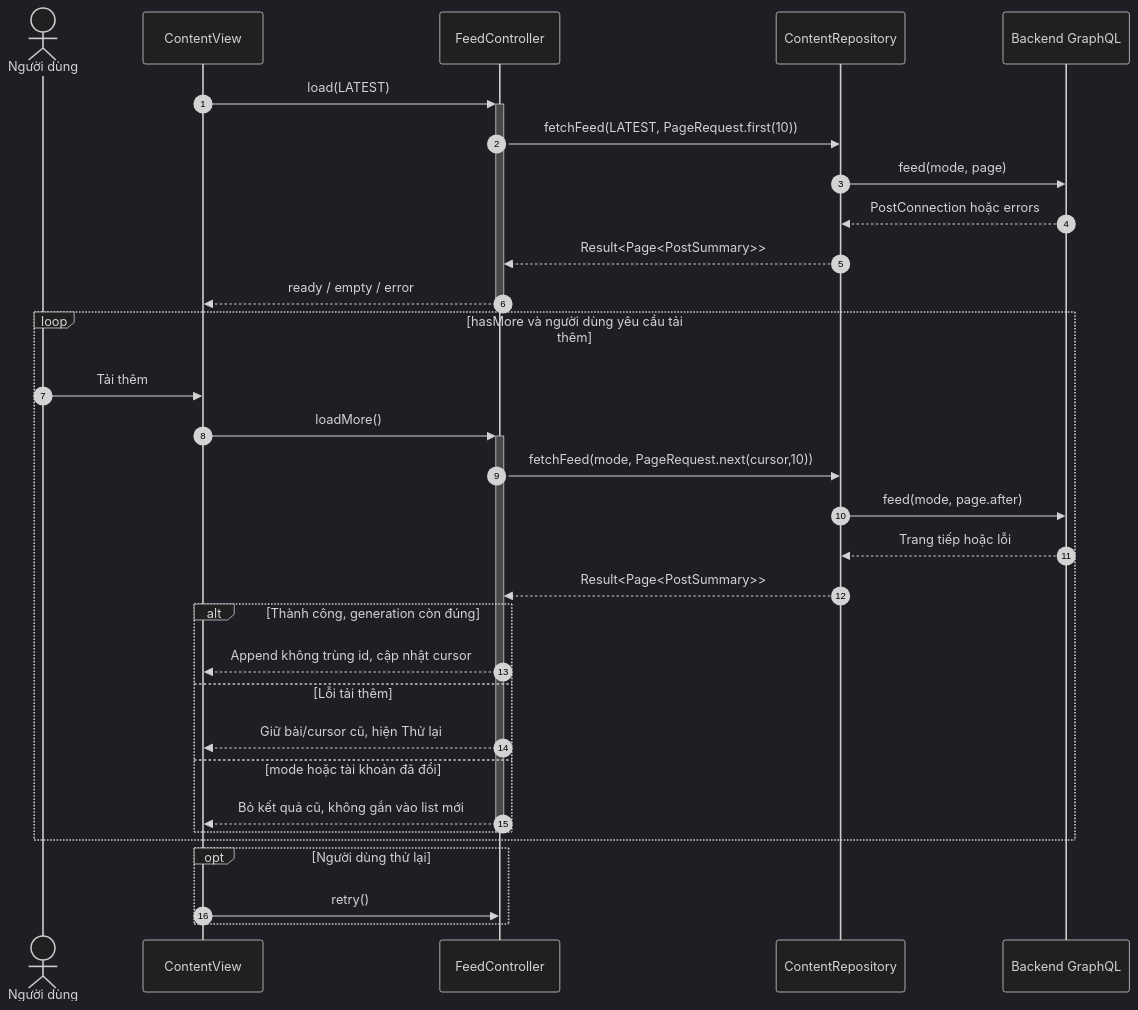
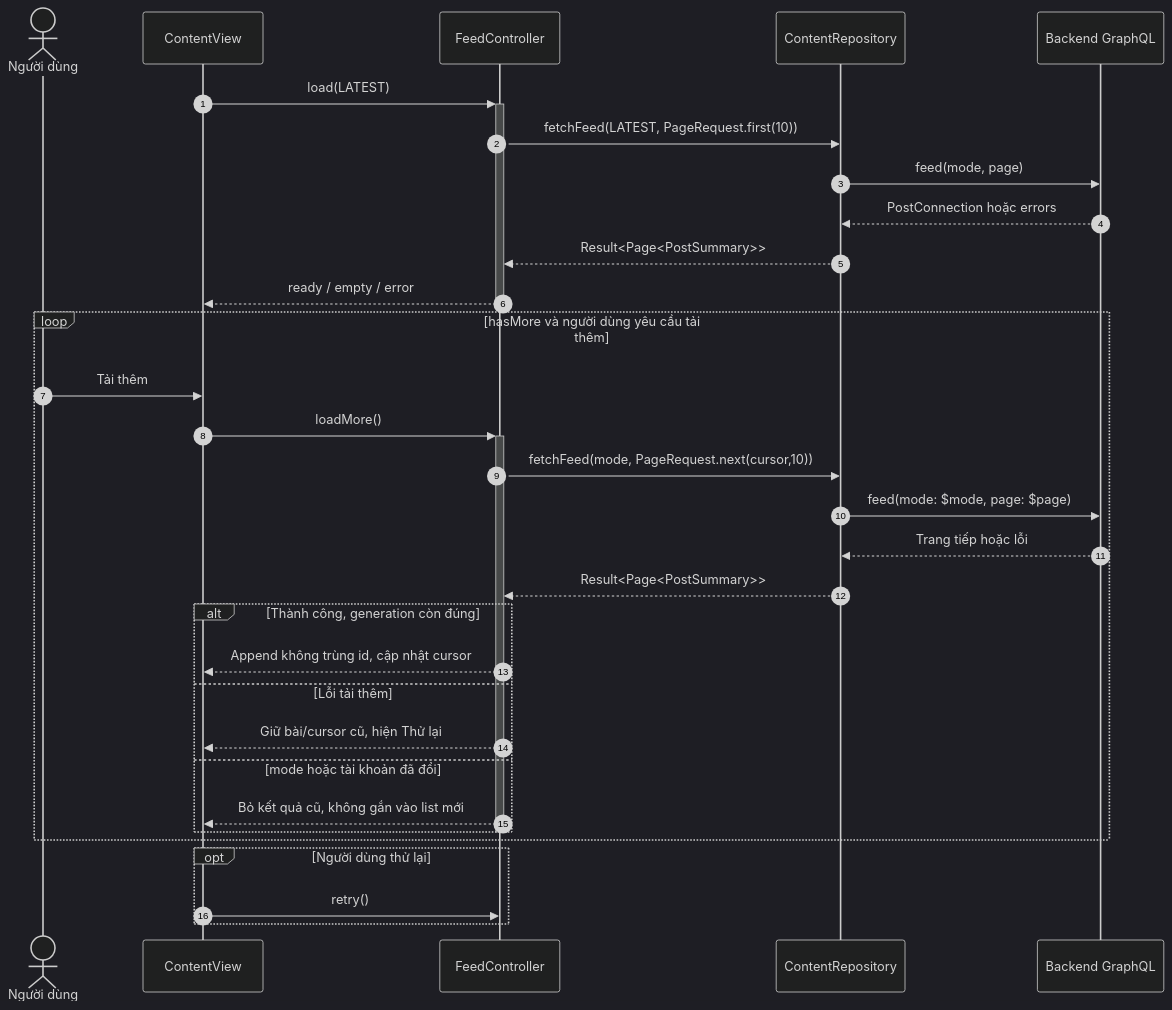
The third of 12 diagrams in docs/thiet_ke/6.2-A_sequence_frontend.md (anqp5002/ToMateTo), drawn with Mermaid (dark theme) before and after one commit. The commit also changed other lines of this file and 1 other file, not shown here.

First line of the commit message:
docs(fe): xử lý góp ý class và sequence S5

````diff
--- a/docs/thiet_ke/6.2-A_sequence_frontend.md
+++ b/docs/thiet_ke/6.2-A_sequence_frontend.md
@@ -145,35 +182,35 @@
 ```mermaid
 sequenceDiagram
     autonumber
     actor U as Người dùng
     participant V as ContentView
     participant C as FeedController
     participant R as ContentRepository
     participant BE as Backend GraphQL
     V->>+C: load(LATEST)
     C->>R: fetchFeed(LATEST, PageRequest.first(10))
     R->>BE: feed(mode, page)
     BE-->>R: PostConnection hoặc errors
     R-->>C: Result<Page<PostSummary>>
     C-->>V: ready / empty / error
     deactivate C
     loop hasMore và người dùng yêu cầu tải thêm
      U->>V: Tải thêm
      V->>+C: loadMore()
      C->>R: fetchFeed(mode, PageRequest.next(cursor,10))
-     R->>BE: feed(mode, page.after)
+     R->>BE: feed(mode: $mode, page: $page)
      BE-->>R: Trang tiếp hoặc lỗi
      R-->>C: Result<Page<PostSummary>>
      alt Thành công, generation còn đúng
       C-->>V: Append không trùng id, cập nhật cursor
      else Lỗi tải thêm
       C-->>V: Giữ bài/cursor cũ, hiện Thử lại
      else mode hoặc tài khoản đã đổi
       C-->>V: Bỏ kết quả cũ, không gắn vào list mới
      end
      deactivate C
     end
     opt Người dùng thử lại
      V->>C: retry()
     end
 ```
````
